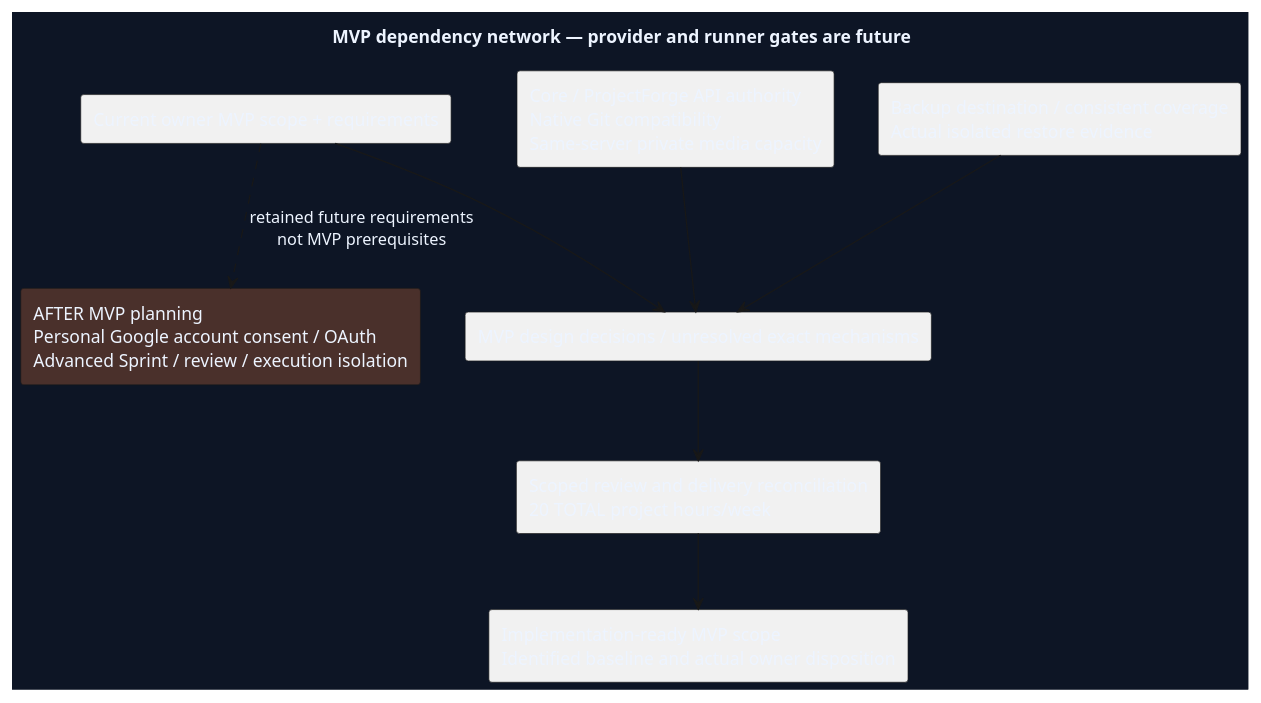
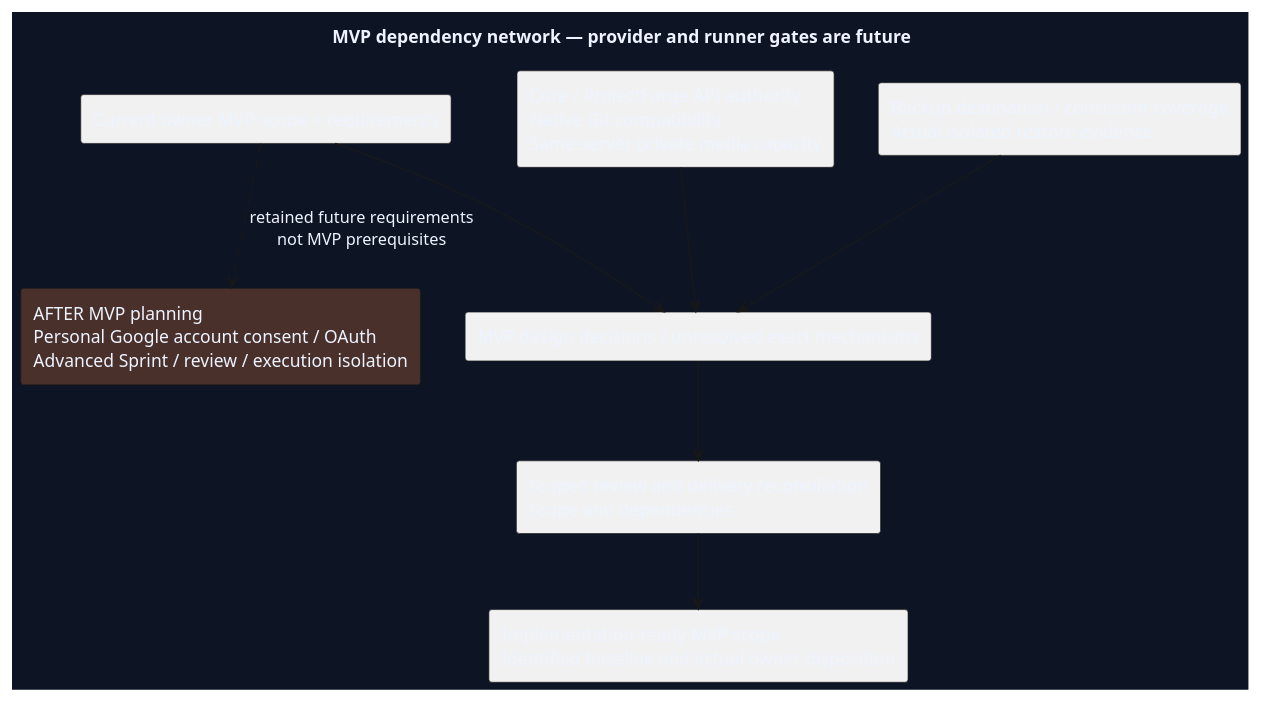
One commit to Farhad-V/Web-Resumefolio changed the diagram in Docs/SDLC/03-System-Analysis/Diagrams/Handoff-Dependency-Network.puml. Above: the diagram before and after it, drawn with PlantUML. The commit also changed 34 other files, not shown here.

Commit message:
docs: align SDLC plans and diagrams with scope-driven delivery

```diff
--- a/Docs/SDLC/03-System-Analysis/Diagrams/Handoff-Dependency-Network.puml
+++ b/Docs/SDLC/03-System-Analysis/Diagrams/Handoff-Dependency-Network.puml
@@ -1,20 +1,20 @@
 @startuml
 title MVP dependency network — provider and runner gates are future
 skinparam backgroundColor #0D1525
 skinparam defaultFontColor #EDF4FF
 skinparam shadowing false
 skinparam defaultFontName Arial
 rectangle "Current owner MVP scope + requirements" as R
 rectangle "Core / ProjectForge API authority\nNative Git compatibility\nSame-server private media capacity" as C
 rectangle "Backup destination / consistent coverage\nActual isolated restore evidence" as B
 rectangle "MVP design decisions / unresolved exact mechanisms" as D
-rectangle "Scoped review and delivery reconciliation\n20 TOTAL project hours/week" as V
+rectangle "Scoped review and delivery reconciliation\nScope and dependencies" as V
 rectangle "Implementation-ready MVP scope\nIdentified baseline and actual owner disposition" as READY
 R --> D
 C --> D
 B --> D
 D --> V
 V --> READY
 rectangle "AFTER MVP planning\nPersonal Google account consent / OAuth\nAdvanced Sprint / review / execution isolation" as F #4A302B
 R ..> F : retained future requirements\nnot MVP prerequisites
 @enduml
```
